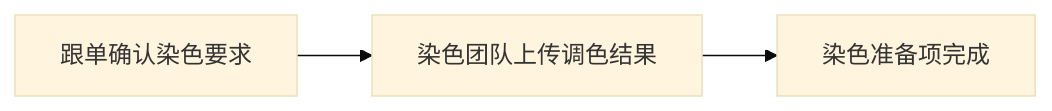
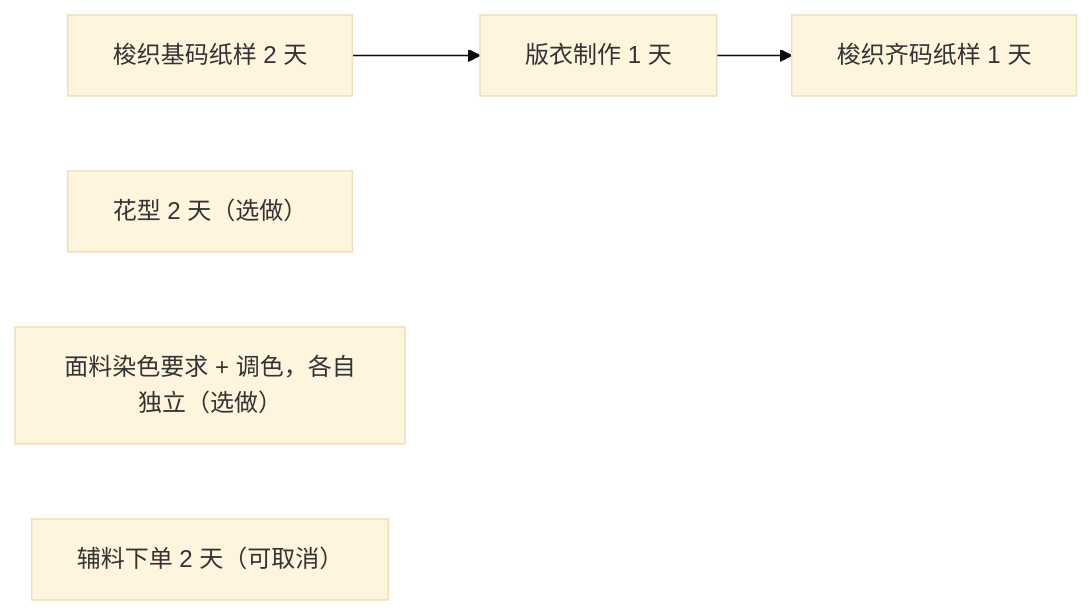
One commit to laoertongxue/higoods changed the second of 8 diagrams in docs/product-design/生产准备时效产品需求文档.md. Above: the diagram before and after it, drawn with Mermaid (base theme). The commit also changed other lines of this file, not shown here.

````diff
--- a/docs/product-design/生产准备时效产品需求文档.md
+++ b/docs/product-design/生产准备时效产品需求文档.md
@@ -296,5 +307,7 @@
 ```mermaid
 flowchart LR
-  A["跟单确认染色要求"] --> B["染色团队上传调色结果"]
-  B --> C["染色准备项完成"]
+  B["梭织基码纸样 2 天"] --> S["版衣制作 1 天"] --> F["梭织齐码纸样 1 天"]
+  P["花型 2 天（选做）"]
+  D["面料染色要求 + 调色，各自独立（选做）"]
+  A["辅料下单 2 天（可取消）"]
 ```
````
